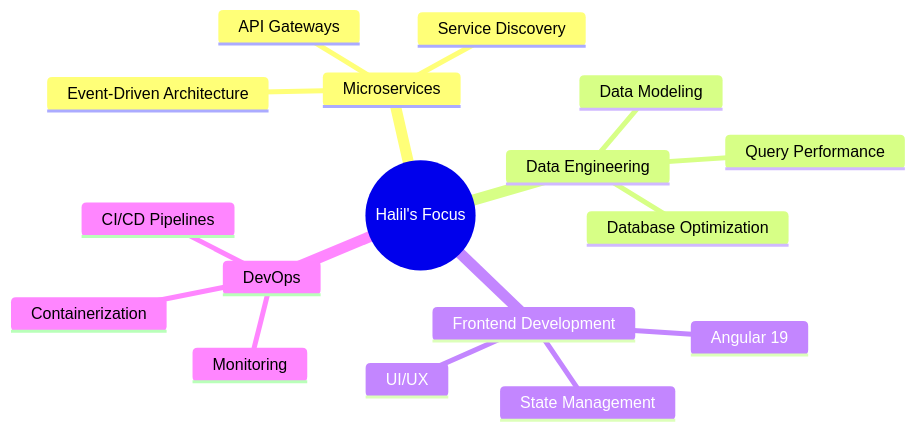
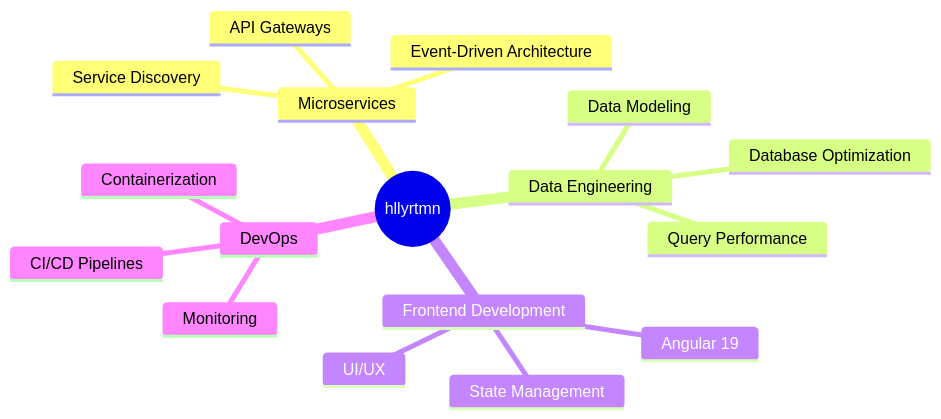
The diagram in README.md (hllyrtmn/hllyrtmn), drawn with Mermaid before and after one commit. The commit also changed other lines of this file, not shown here.

````diff
--- a/README.md
+++ b/README.md
@@ -87,20 +87,20 @@
 ```mermaid
 mindmap
-  root((Halil's Focus))
+  root((hllyrtmn))
     Microservices
       API Gateways
       Service Discovery
       Event-Driven Architecture
     Data Engineering
       Database Optimization
       Query Performance
       Data Modeling
     Frontend Development
       Angular 19
       UI/UX
       State Management
     DevOps
       CI/CD Pipelines
       Containerization
       Monitoring
 ```
````
